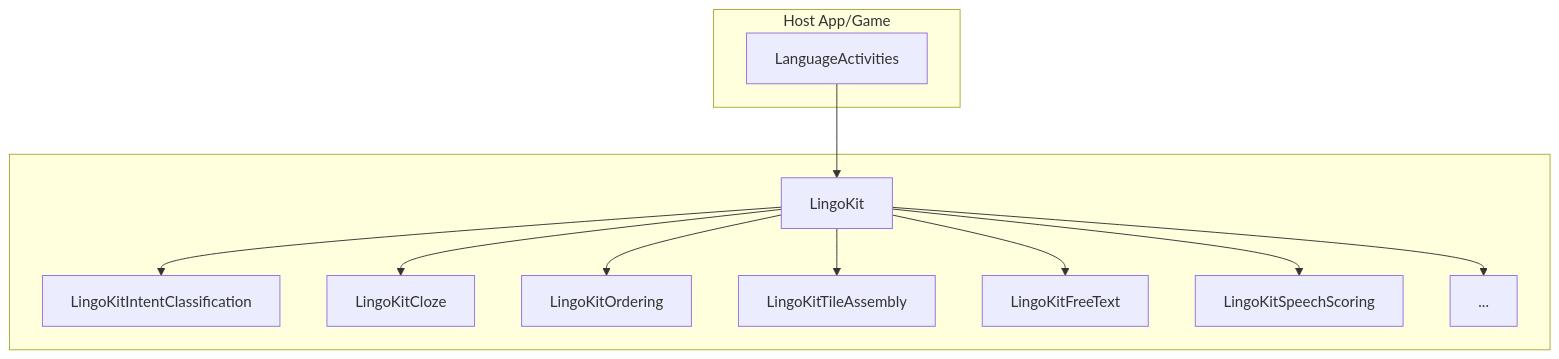
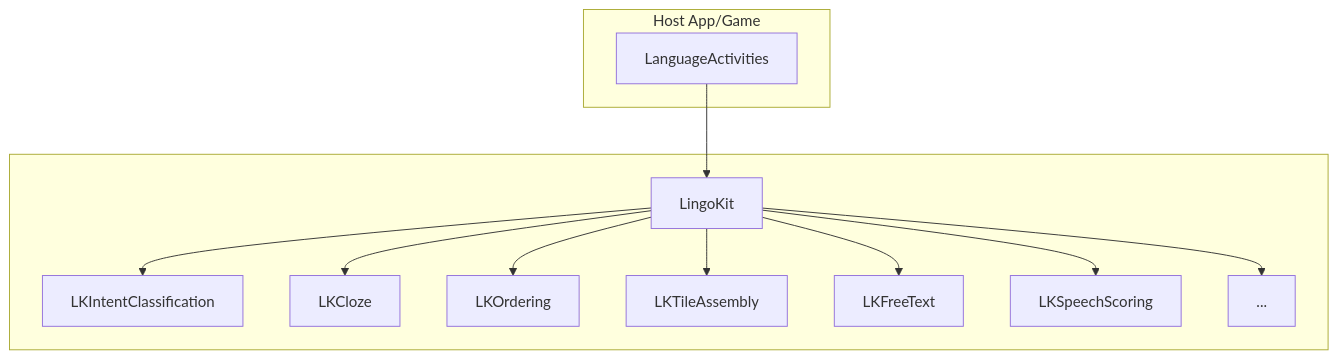
One commit to thatfactory/lingokit changed the diagram in README.md. Above: the diagram before and after it, drawn with Mermaid. The commit also changed other lines of this file and 9 other files, not shown here.

````diff
--- a/README.md
+++ b/README.md
@@ -25,28 +25,28 @@
 ```mermaid
 flowchart TB
   subgraph HOST["Host App/Game"]
     ACTIVITIES["LanguageActivities"]
   end
 
   subgraph LK[" "]
     ALL["LingoKit"]
 
-    IC["LingoKitIntentClassification"]
-    CLOZE["LingoKitCloze"]
-    ORDER["LingoKitOrdering"]
-    TILES["LingoKitTileAssembly"]
-    FTXT["LingoKitFreeText"]
-    SPEECH["LingoKitSpeechScoring"]
+    IC["LKIntentClassification"]
+    CLOZE["LKCloze"]
+    ORDER["LKOrdering"]
+    TILES["LKTileAssembly"]
+    FTXT["LKFreeText"]
+    SPEECH["LKSpeechScoring"]
     ETC["..."]
   end
 
   ACTIVITIES --> ALL
 
   ALL --> IC
   ALL --> CLOZE
   ALL --> ORDER
   ALL --> TILES
   ALL --> FTXT
   ALL --> SPEECH
   ALL --> ETC
 ```
````
